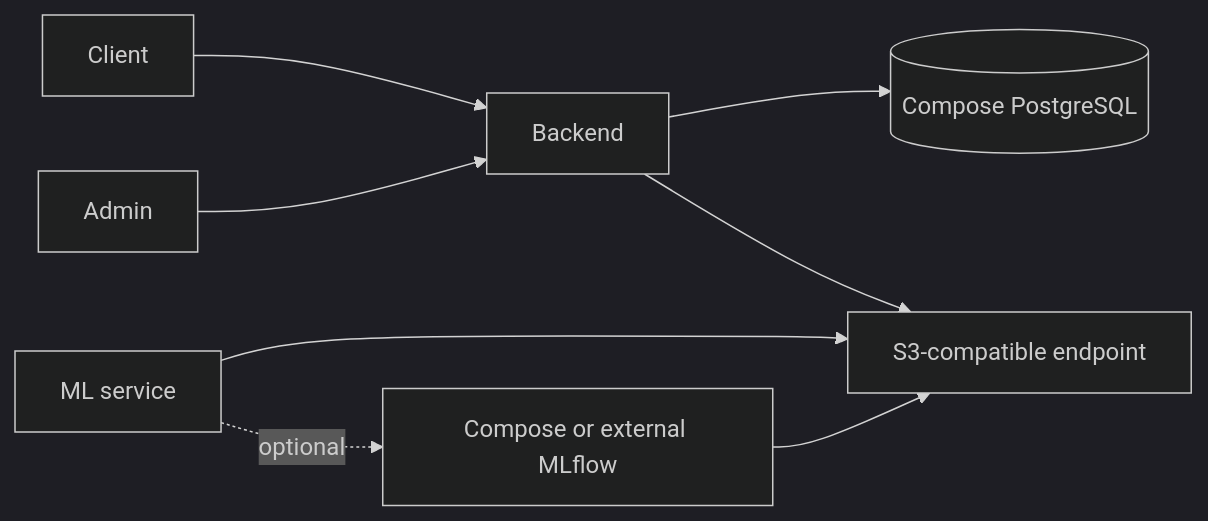
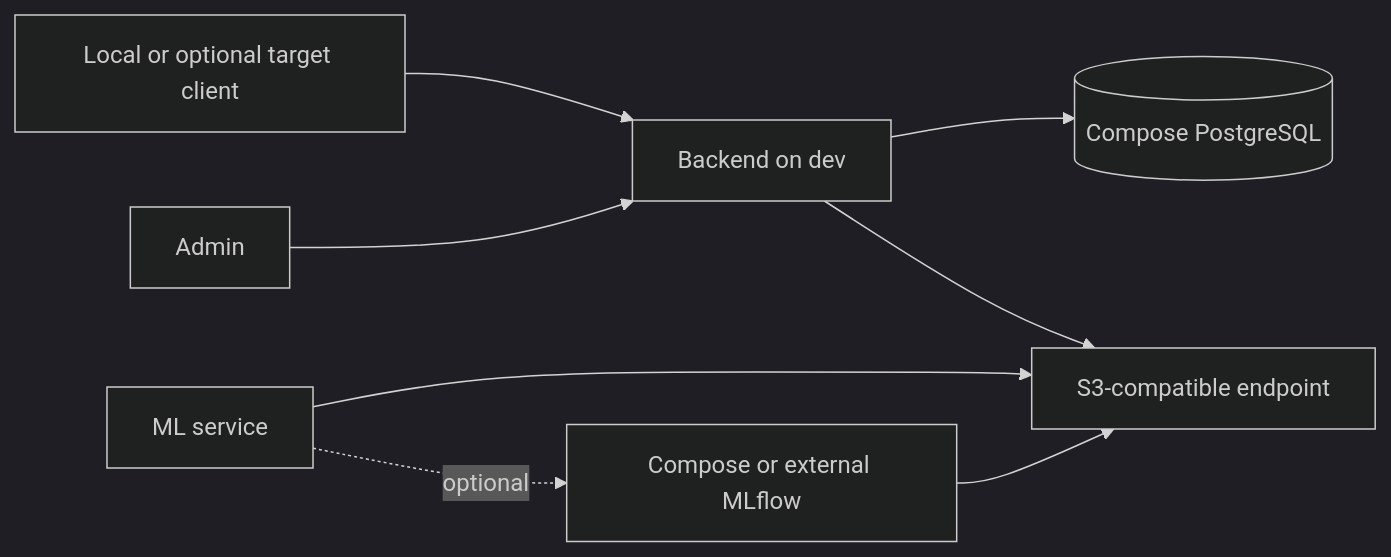
One commit to KamilGrundas/self-checkout changed the first of 2 diagrams in docs/architecture.md. Above: the diagram before and after it, drawn with Mermaid (dark theme). The commit also changed other lines of this file and 15 other files, not shown here.

Commit message:
feat(dev-client): add controlled target workflow

````diff
--- a/docs/architecture.md
+++ b/docs/architecture.md
@@ -24,10 +24,10 @@
 ```mermaid
 flowchart LR
-  C[Client] --> B[Backend]
+  C[Local or optional target client] --> B[Backend on dev]
   A[Admin] --> B
   B --> P[(Compose PostgreSQL)]
   B --> S[S3-compatible endpoint]
   M[ML service] --> S
   M -. optional .-> F[Compose or external MLflow]
   F --> S
 ```
````
